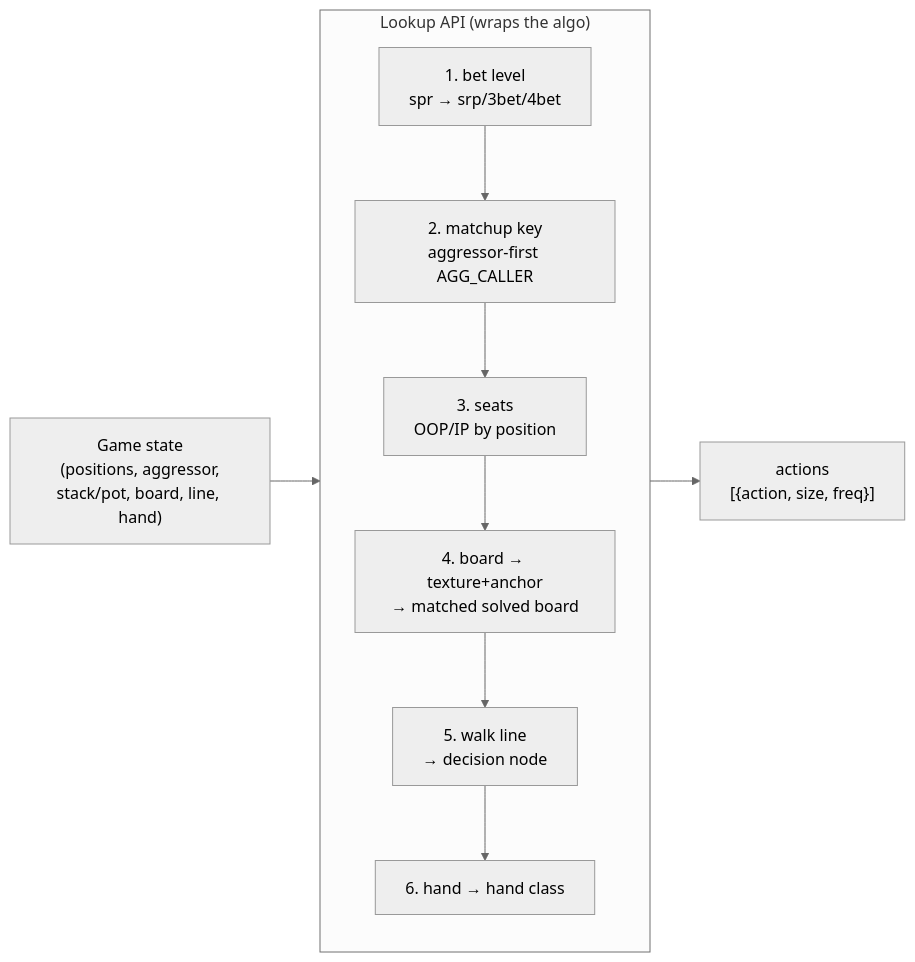
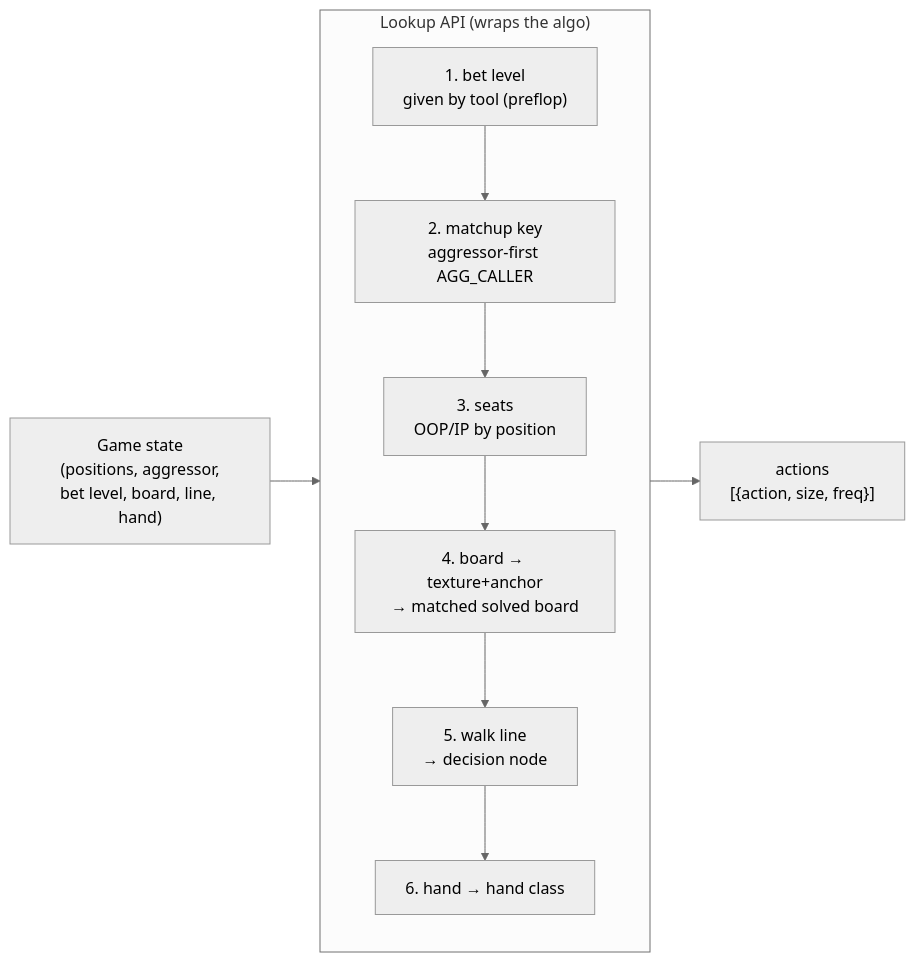
One commit to knlnguyen1802/test changed the third of 3 diagrams in gtoterminal/README.md. Above: the diagram before and after it, drawn with Mermaid (neutral theme). The commit also changed other lines of this file and 21 other files, not shown here.

````diff
--- a/gtoterminal/README.md
+++ b/gtoterminal/README.md
@@ -110,15 +110,15 @@
 ```mermaid
 graph LR
-    GS["Game state<br/>(positions, aggressor,<br/>stack/pot, board, line, hand)"]
+    GS["Game state<br/>(positions, aggressor,<br/>bet level, board, line, hand)"]
     subgraph API["Lookup API (wraps the algo)"]
-        L1["1. bet level<br/>spr → srp/3bet/4bet"]
+        L1["1. bet level<br/>given by tool (preflop)"]
         L2["2. matchup key<br/>aggressor-first AGG_CALLER"]
         L3["3. seats<br/>OOP/IP by position"]
         L4["4. board → texture+anchor<br/>→ matched solved board"]
         L5["5. walk line<br/>→ decision node"]
         L6["6. hand → hand class"]
         L1 --> L2 --> L3 --> L4 --> L5 --> L6
     end
     OUT["actions<br/>[{action, size, freq}]"]
     GS --> API --> OUT
 ```
````
